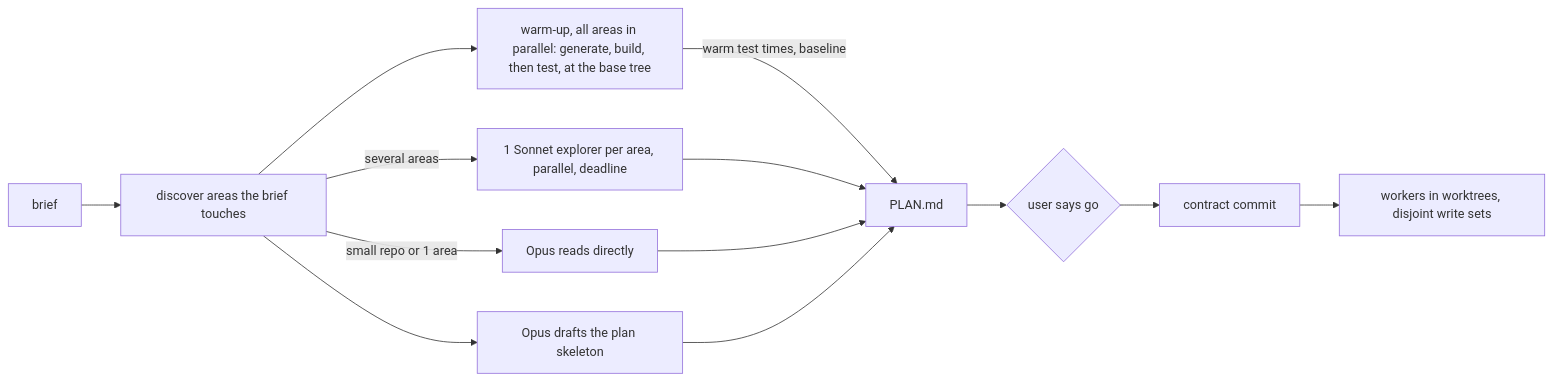
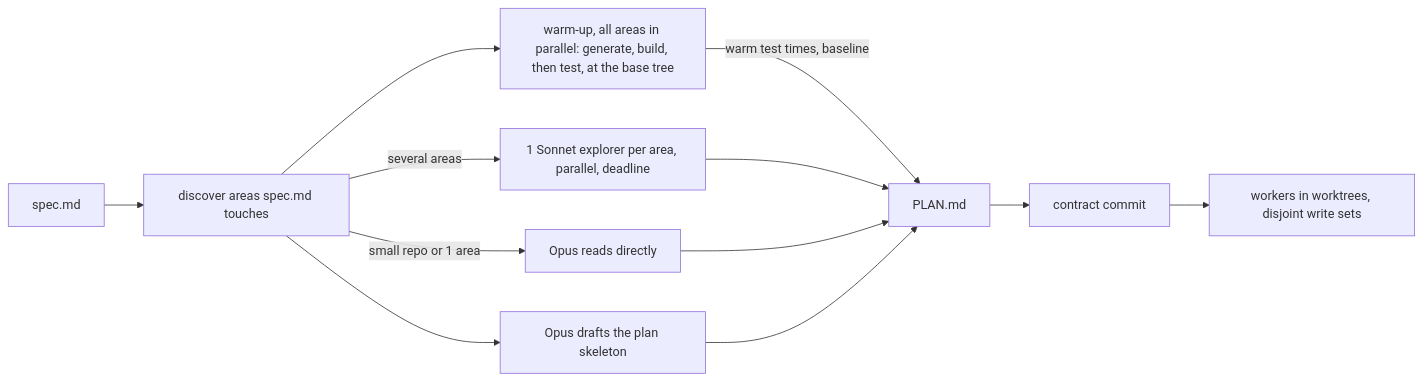
Before and after one commit to calube/swift-harness: the diagram in docs/designs/2026-10-03-brownfield-profile-design.md, drawn with Mermaid. The commit also changed other lines of this file, not shown here.

Commit message:
docs: make the brownfield design a one-shot run from spec.md

````diff
--- a/docs/designs/2026-10-03-brownfield-profile-design.md
+++ b/docs/designs/2026-10-03-brownfield-profile-design.md
@@ -237,15 +242,14 @@
 ```mermaid
 flowchart LR
-  brief[brief] --> areas[discover areas the brief touches]
+  spec[spec.md] --> areas[discover areas spec.md touches]
   areas -->|small repo or 1 area| opus[Opus reads directly]
   areas -->|several areas| ex[1 Sonnet explorer per area, parallel, deadline]
   areas --> skel[Opus drafts the plan skeleton]
   areas --> warm[warm-up, all areas in parallel: generate, build, then test, at the base tree]
   warm -->|warm test times, baseline| plan
   ex --> plan[PLAN.md]
   opus --> plan
   skel --> plan
-  plan --> go{user says go}
-  go --> contract[contract commit]
+  plan --> contract[contract commit]
   contract --> workers[workers in worktrees, disjoint write sets]
 ```
````
